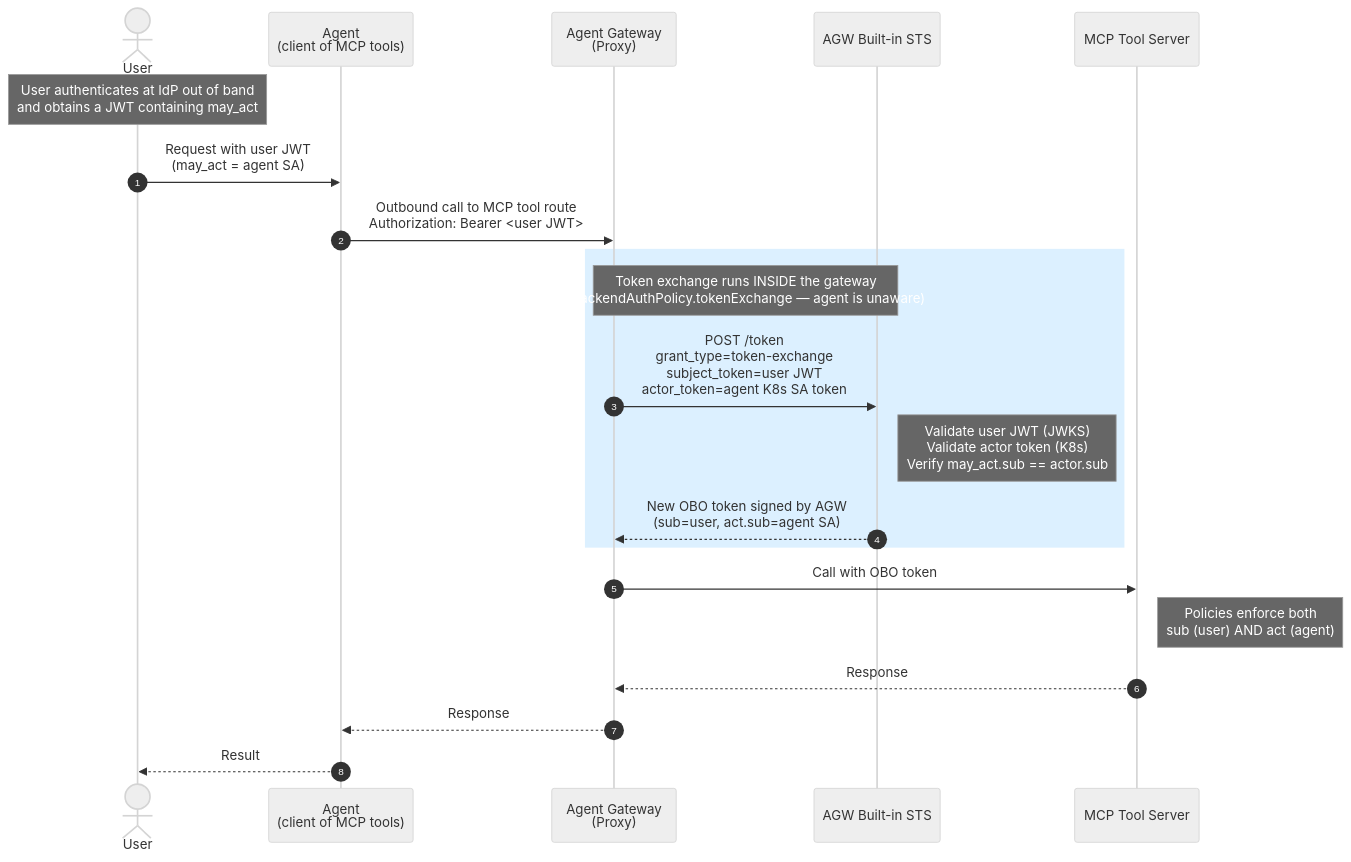
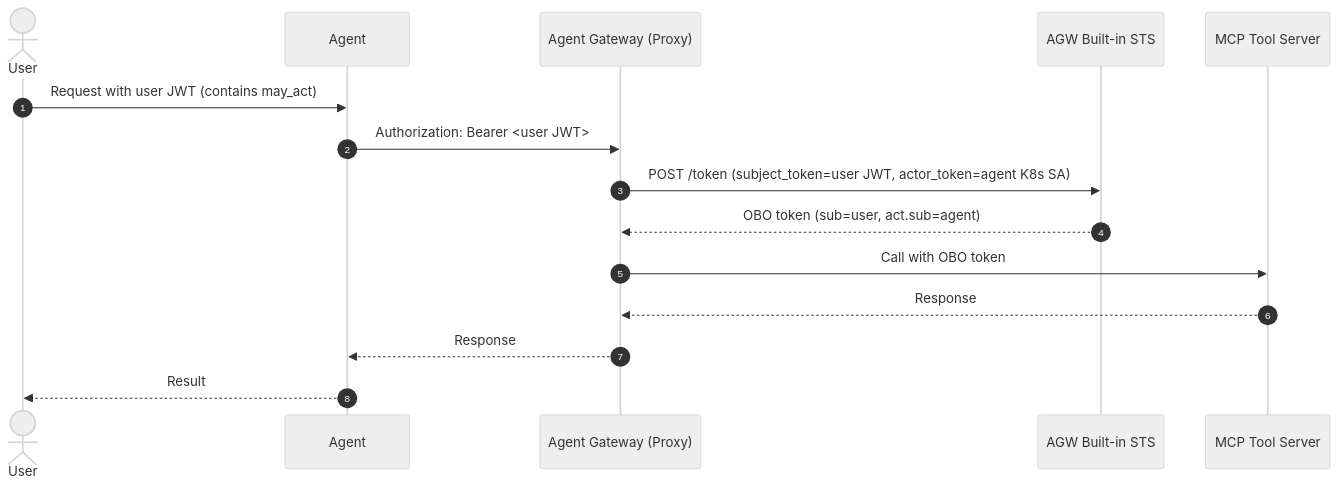
Before and after one commit to rvennam/agentgateway-auth-patterns: the first of 2 diagrams in README.md, drawn with Mermaid (neutral theme). The commit also changed other lines of this file, not shown here.

Commit message:
Simplify OBO Mermaid diagrams: drop colored rect backgrounds, shorter arrow labels

````diff
--- a/README.md
+++ b/README.md
@@ -811,26 +811,18 @@
 ```mermaid
 sequenceDiagram
     autonumber
     actor User
-    participant Agent as Agent<br/>(client of MCP tools)
-    participant GW as Agent Gateway<br/>(Proxy)
+    participant Agent
+    participant GW as Agent Gateway (Proxy)
     participant STS as AGW Built-in STS
     participant Tool as MCP Tool Server
 
-    Note over User: User authenticates at IdP out of band<br/>and obtains a JWT containing may_act
-    User->>Agent: Request with user JWT<br/>(may_act = agent SA)
-    Agent->>GW: Outbound call to MCP tool route<br/>Authorization: Bearer <user JWT>
-
-    rect rgb(220, 240, 255)
-    Note over GW, STS: Token exchange runs INSIDE the gateway<br/>(BackendAuthPolicy.tokenExchange — agent is unaware)
-    GW->>STS: POST /token<br/>grant_type=token-exchange<br/>subject_token=user JWT<br/>actor_token=agent K8s SA token
-    Note right of STS: Validate user JWT (JWKS)<br/>Validate actor token (K8s)<br/>Verify may_act.sub == actor.sub
-    STS-->>GW: New OBO token signed by AGW<br/>(sub=user, act.sub=agent SA)
-    end
-
+    User->>Agent: Request with user JWT (contains may_act)
+    Agent->>GW: Authorization: Bearer <user JWT>
+    GW->>STS: POST /token (subject_token=user JWT, actor_token=agent K8s SA)
+    STS-->>GW: OBO token (sub=user, act.sub=agent)
     GW->>Tool: Call with OBO token
-    Note right of Tool: Policies enforce both<br/>sub (user) AND act (agent)
     Tool-->>GW: Response
     GW-->>Agent: Response
     Agent-->>User: Result
 ```
````
